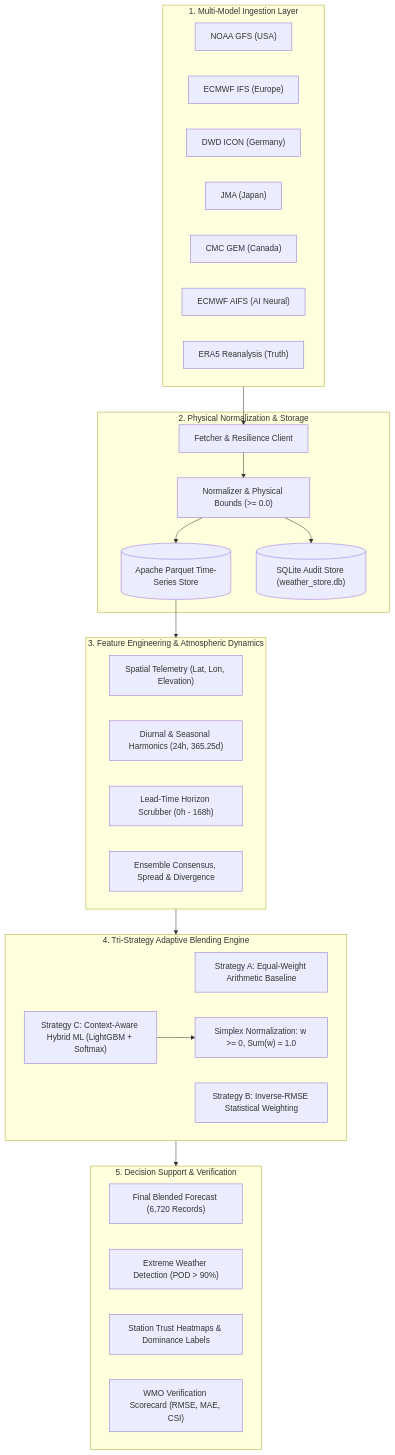
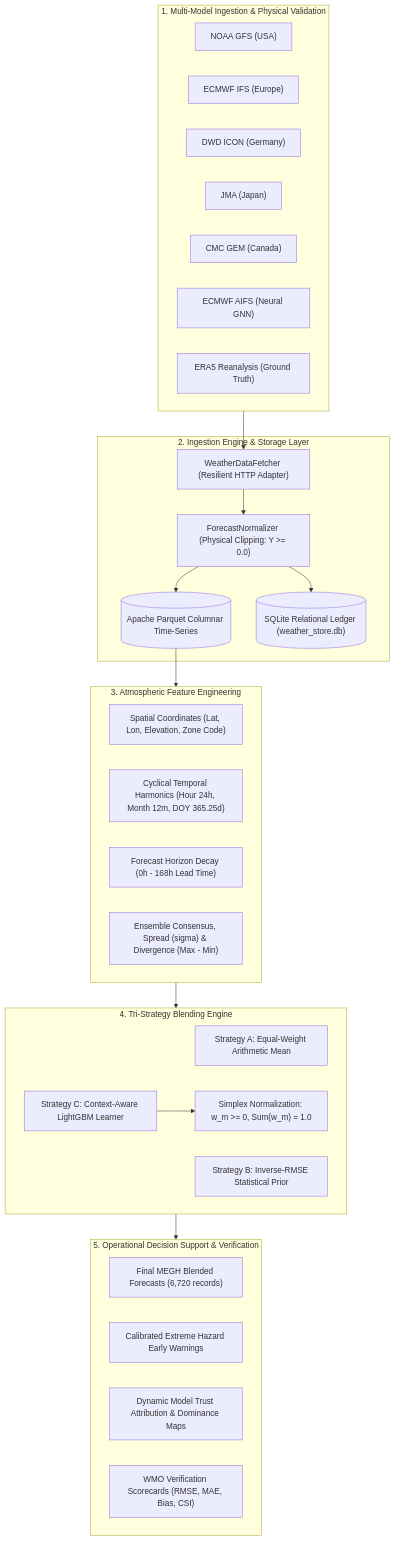
The diagram in README.md (Invincible1228/PS26081), drawn with Mermaid before and after one commit. The commit also changed other lines of this file, not shown here.

Commit message:
docs: revamp README with professional verification tables and structured quality gates

````diff
--- a/README.md
+++ b/README.md
@@ -62,47 +66,47 @@
 ```mermaid
 flowchart TD
-    subgraph S1["1. Multi-Model Ingestion Layer"]
+    subgraph Layer1["1. Multi-Model Ingestion & Physical Validation"]
         A1["NOAA GFS (USA)"]
         A2["ECMWF IFS (Europe)"]
         A3["DWD ICON (Germany)"]
         A4["JMA (Japan)"]
         A5["CMC GEM (Canada)"]
-        A6["ECMWF AIFS (AI Neural)"]
-        A7["ERA5 Reanalysis (Truth)"]
+        A6["ECMWF AIFS (Neural GNN)"]
+        A7["ERA5 Reanalysis (Ground Truth)"]
     end
 
-    subgraph S2["2. Physical Normalization & Storage"]
-        B1["Fetcher & Resilience Client"]
-        B2["Normalizer & Physical Bounds (>= 0.0)"]
-        B3[("Apache Parquet Time-Series Store")]
-        B4[("SQLite Audit Store (weather_store.db)")]
+    subgraph Layer2["2. Ingestion Engine & Storage Layer"]
+        B1["WeatherDataFetcher (Resilient HTTP Adapter)"]
+        B2["ForecastNormalizer (Physical Clipping: Y >= 0.0)"]
+        B3[("Apache Parquet Columnar Time-Series")]
+        B4[("SQLite Relational Ledger (weather_store.db)")]
         B1 --> B2 --> B3 & B4
     end
 
-    subgraph S3["3. Feature Engineering & Atmospheric Dynamics"]
-        C1["Spatial Telemetry (Lat, Lon, Elevation)"]
-        C2["Diurnal & Seasonal Harmonics (24h, 365.25d)"]
-        C3["Lead-Time Horizon Scrubber (0h - 168h)"]
-        C4["Ensemble Consensus, Spread & Divergence"]
+    subgraph Layer3["3. Atmospheric Feature Engineering"]
+        C1["Spatial Coordinates (Lat, Lon, Elevation, Zone Code)"]
+        C2["Cyclical Temporal Harmonics (Hour 24h, Month 12m, DOY 365.25d)"]
+        C3["Forecast Horizon Decay (0h - 168h Lead Time)"]
+        C4["Ensemble Consensus, Spread (sigma) & Divergence (Max - Min)"]
     end
 
-    subgraph S4["4. Tri-Strategy Adaptive Blending Engine"]
-        D1["Strategy A: Equal-Weight Arithmetic Baseline"]
-        D2["Strategy B: Inverse-RMSE Statistical Weighting"]
-        D3["Strategy C: Context-Aware Hybrid ML (LightGBM + Softmax)"]
-        D4["Simplex Normalization: w >= 0, Sum(w) = 1.0"]
+    subgraph Layer4["4. Tri-Strategy Blending Engine"]
+        D1["Strategy A: Equal-Weight Arithmetic Mean"]
+        D2["Strategy B: Inverse-RMSE Statistical Prior"]
+        D3["Strategy C: Context-Aware LightGBM Learner"]
+        D4["Simplex Normalization: w_m >= 0, Sum(w_m) = 1.0"]
         D3 --> D4
     end
 
-    subgraph S5["5. Decision Support & Verification"]
-        E1["Final Blended Forecast (6,720 Records)"]
-        E2["Extreme Weather Detection (POD > 90%)"]
-        E3["Station Trust Heatmaps & Dominance Labels"]
-        E4["WMO Verification Scorecard (RMSE, MAE, CSI)"]
+    subgraph Layer5["5. Operational Decision Support & Verification"]
+        E1["Final MEGH Blended Forecasts (6,720 records)"]
+        E2["Calibrated Extreme Hazard Early Warnings"]
+        E3["Dynamic Model Trust Attribution & Dominance Maps"]
+        E4["WMO Verification Scorecards (RMSE, MAE, Bias, CSI)"]
     end
 
-    S1 --> B1
-    B3 --> S3
-    S3 --> S4
-    S4 --> S5
+    Layer1 --> B1
+    B3 --> Layer3
+    Layer3 --> Layer4
+    Layer4 --> Layer5
 ```
````
